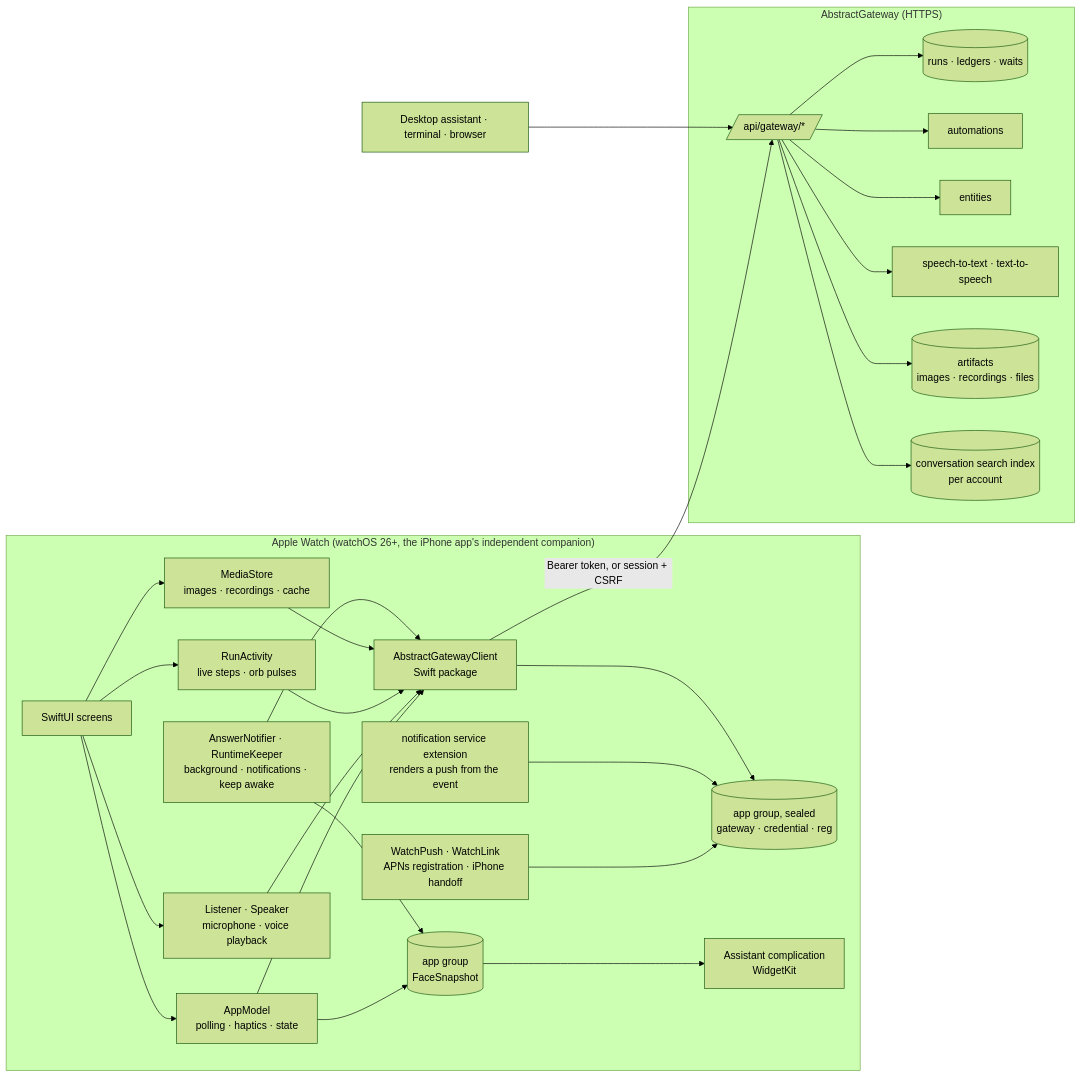
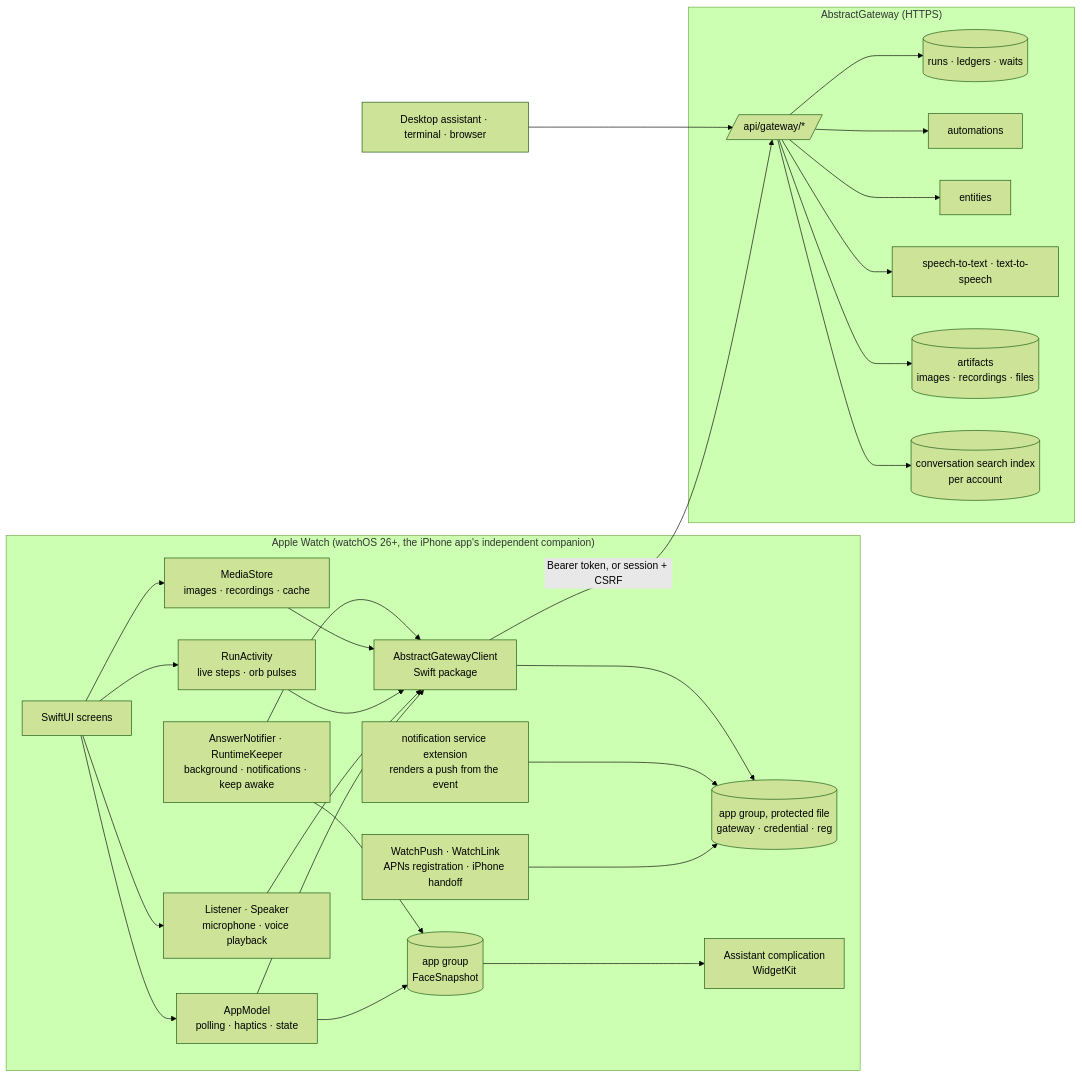
Before and after one commit to lpalbou/AbstractAssistant: the first of 2 diagrams in watch/apple/docs/architecture.md, drawn with Mermaid (forest theme). The commit also changed other lines of this file and 117 other files, not shown here.

````diff
--- a/watch/apple/docs/architecture.md
+++ b/watch/apple/docs/architecture.md
@@ -9,45 +9,45 @@
 ```mermaid
 flowchart LR
   subgraph Watch["Apple Watch (watchOS 26+, the iPhone app's independent companion)"]
     UI[SwiftUI screens]
     Model[AppModel<br/>polling · haptics · state]
     Media[Listener · Speaker<br/>microphone · voice playback]
     Work[RunActivity<br/>live steps · orb pulses]
     Files[MediaStore<br/>images · recordings · cache]
     BG[AnswerNotifier · RuntimeKeeper<br/>background · notifications · keep awake]
     Kit[AbstractGatewayClient<br/>Swift package]
-    Store[(app group, sealed<br/>gateway · credential · reg)]
+    Store[(app group, protected file<br/>gateway · credential · reg)]
     Push[WatchPush · WatchLink<br/>APNs registration · iPhone handoff]
     NSE[notification service extension<br/>renders a push from the event]
     Push --> Store
     NSE --> Store
     UI --> Model --> Kit
     UI --> Media --> Kit
     UI --> Work --> Kit
     UI --> Files --> Kit
     BG --> Kit
     Kit --> Store
     Face[(app group<br/>FaceSnapshot)]
     Clock[Assistant complication<br/>WidgetKit]
     Model --> Face
     BG --> Face
     Face --> Clock
   end
   subgraph GW["AbstractGateway (HTTPS)"]
     API[/api/gateway/*/]
     Runs[(runs · ledgers · waits)]
     Auto[automations]
     Ent[entities]
     Voice[speech-to-text · text-to-speech]
     Art[(artifacts<br/>images · recordings · files)]
     Search[(conversation search index<br/>per account)]
     API --> Runs
     API --> Auto
     API --> Ent
     API --> Voice
     API --> Art
     API --> Search
   end
   Kit -- "Bearer token, or session + CSRF" --> API
   Other[Desktop assistant · terminal · browser] --> API
 ```
````
